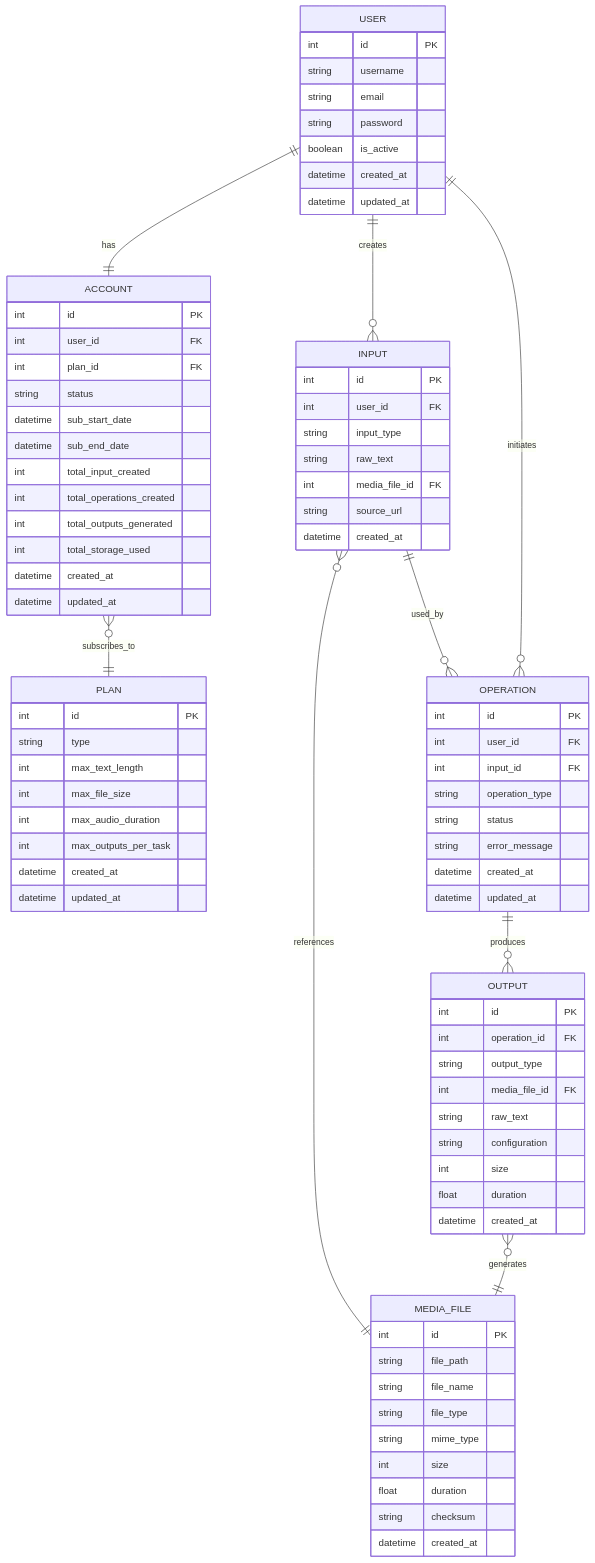
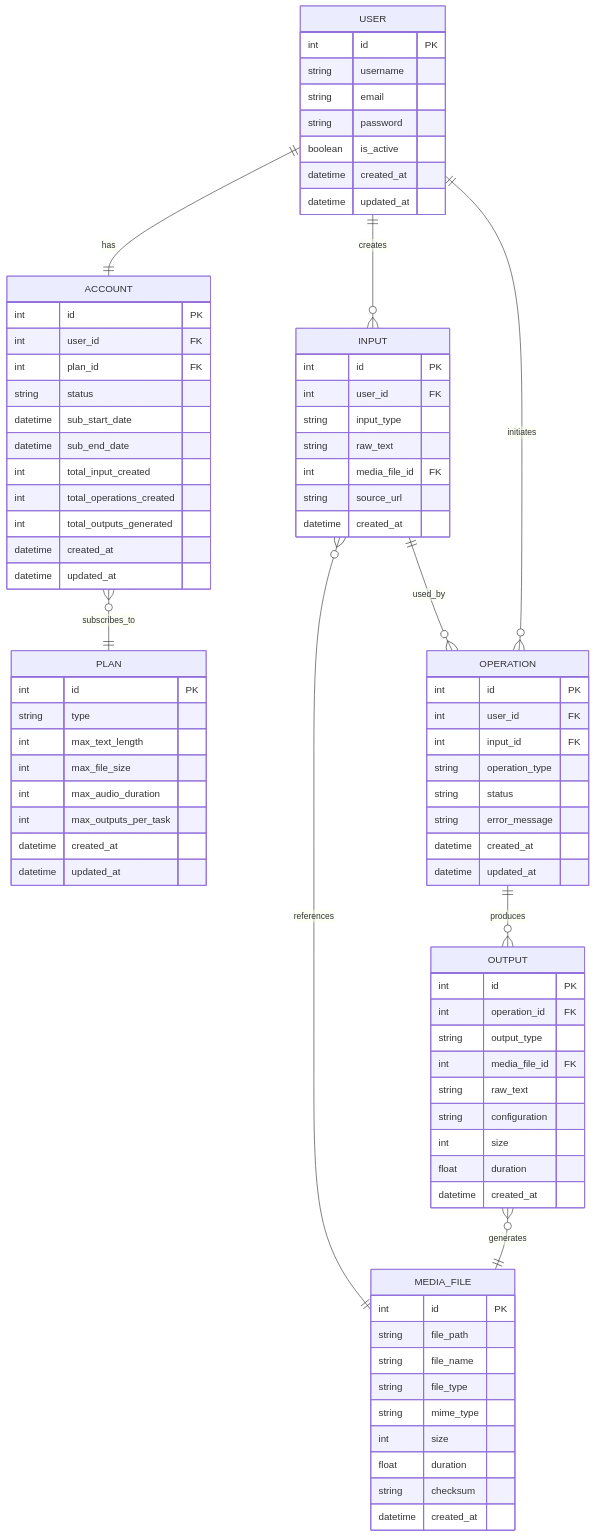
Before and after one commit to NelMatrix743/text-speaker-io: the diagram in ERD.md, drawn with Mermaid. The commit also changed 1 other file, not shown here.

Commit message:
feat: discard tracking total storage for each user

```diff
--- a/ERD.md
+++ b/ERD.md
@@ -32,7 +32,6 @@
         int total_input_created
         int total_operations_created
         int total_outputs_generated
-        int total_storage_used
         datetime created_at
         datetime updated_at
     }
```
